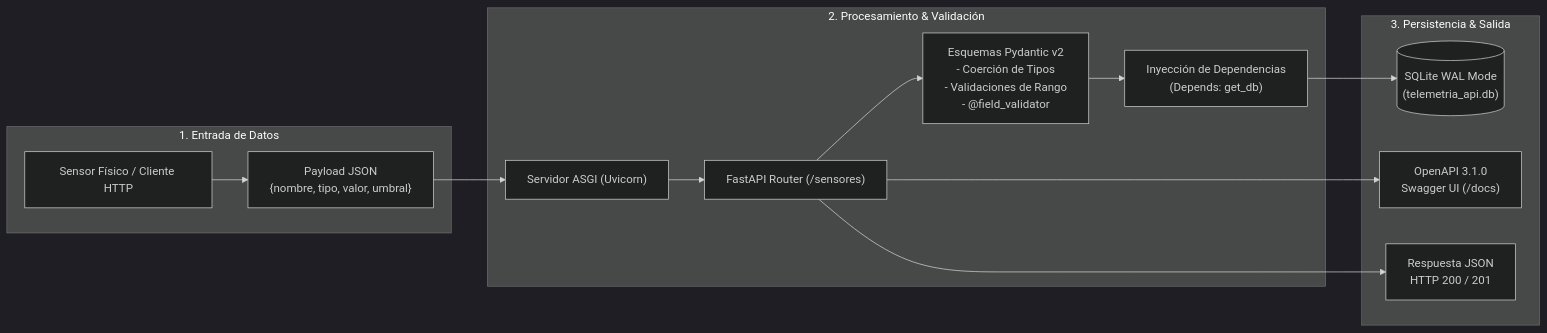
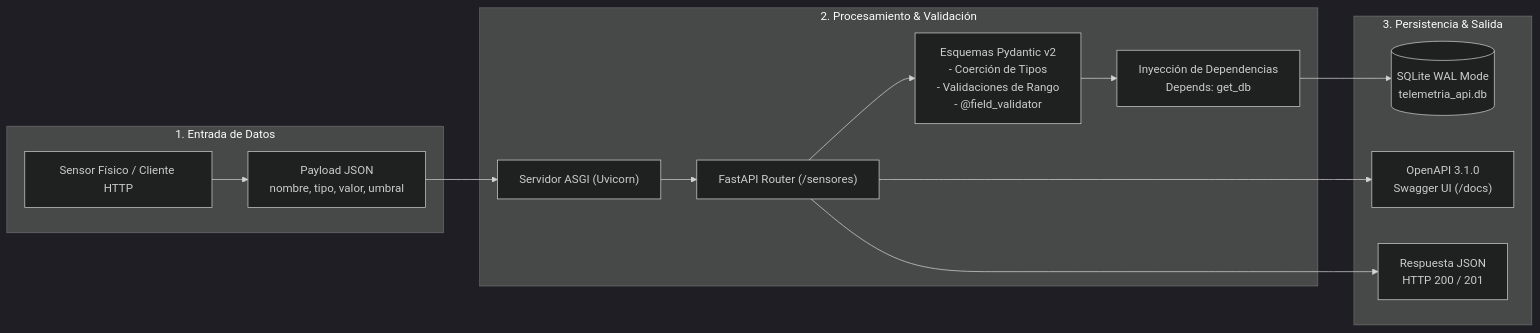
One commit to carlobeni/LPV2026-2 changed the first of 4 diagrams in README.md. Above: the diagram before and after it, drawn with Mermaid (dark theme). The commit also changed other lines of this file and 2 other files, not shown here.

Commit message:
fix(docs): fix Mermaid diagram syntax and add missing assets in semana-5 branch

````diff
--- a/README.md
+++ b/README.md
@@ -15,24 +15,29 @@
 ```mermaid
 graph LR
     subgraph Entrada["1. Entrada de Datos"]
         Sensor["Sensor Físico / Cliente HTTP"]
-        Payload["Payload JSON\n{nombre, tipo, valor, umbral}"]
+        Payload["Payload JSON<br/>nombre, tipo, valor, umbral"]
     end
 
     subgraph FastAPI_Pydantic["2. Procesamiento & Validación"]
         Uvicorn["Servidor ASGI (Uvicorn)"]
         Router["FastAPI Router (/sensores)"]
-        Pydantic["Esquemas Pydantic v2\n- Coerción de Tipos\n- Validaciones de Rango\n- @field_validator"]
-        DI["Inyección de Dependencias\n(Depends: get_db)"]
+        Pydantic["Esquemas Pydantic v2<br/>- Coerción de Tipos<br/>- Validaciones de Rango<br/>- @field_validator"]
+        DI["Inyección de Dependencias<br/>Depends: get_db"]
     end
 
     subgraph Salida_Persistencia["3. Persistencia & Salida"]
-        SQLite[("SQLite WAL Mode\n(telemetria_api.db)")]
-        Doc["OpenAPI 3.1.0\nSwagger UI (/docs)"]
-        JSONResp["Respuesta JSON\nHTTP 200 / 201"]
+        SQLite[("SQLite WAL Mode<br/>telemetria_api.db")]
+        Doc["OpenAPI 3.1.0<br/>Swagger UI (/docs)"]
+        JSONResp["Respuesta JSON<br/>HTTP 200 / 201"]
     end
 
-    Sensor --> Payload --> Uvicorn --> Router --> Pydantic --> DI --> SQLite
+    Sensor --> Payload
+    Payload --> Uvicorn
+    Uvicorn --> Router
+    Router --> Pydantic
+    Pydantic --> DI
+    DI --> SQLite
     Router --> Doc
     Router --> JSONResp
 ```
````
